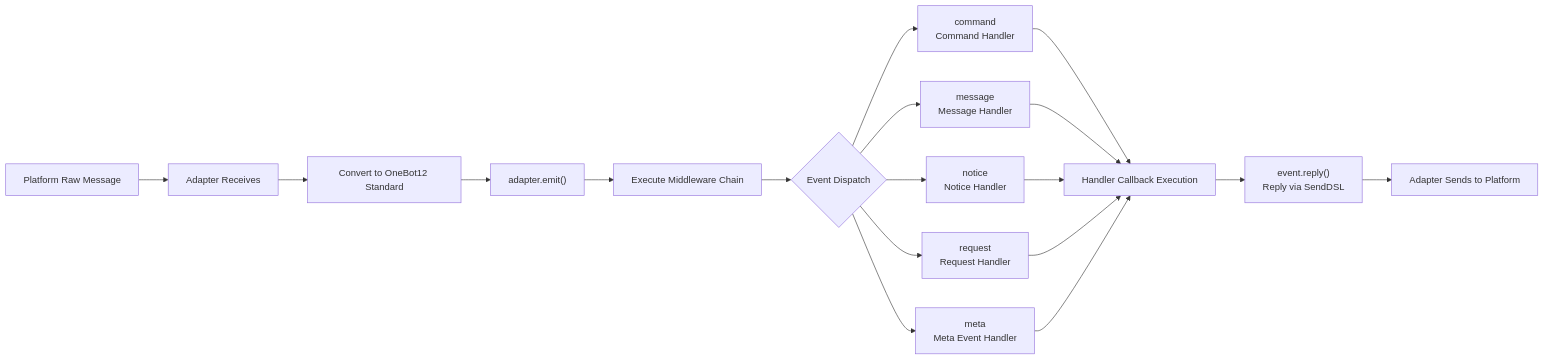
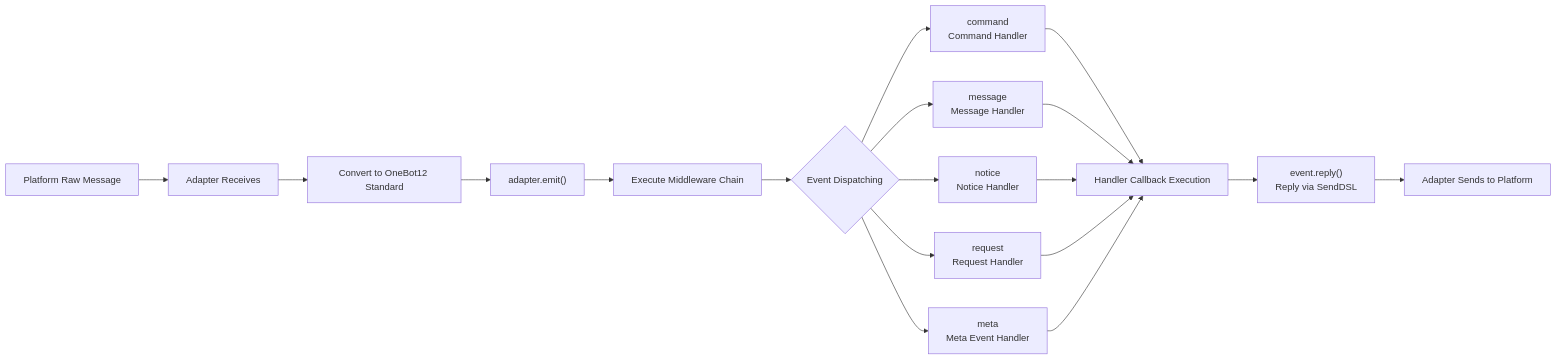
The third of 10 diagrams in docs/en/architecture.md (ErisPulse/ErisPulse), drawn with Mermaid before and after one commit. The commit also changed other lines of this file and 83 other files, not shown here.

````diff
--- a/docs/en/architecture.md
+++ b/docs/en/architecture.md
@@ -88,16 +88,16 @@
 ```mermaid
 flowchart LR
     A["Platform Raw Message"] --> B["Adapter Receives"]
     B --> C["Convert to OneBot12 Standard"]
     C --> D["adapter.emit()"]
     D --> E["Execute Middleware Chain"]
-    E --> F{"Event Dispatch"}
+    E --> F{"Event Dispatching"}
     F --> G1["command<br/>Command Handler"]
     F --> G2["message<br/>Message Handler"]
     F --> G3["notice<br/>Notice Handler"]
     F --> G4["request<br/>Request Handler"]
     F --> G5["meta<br/>Meta Event Handler"]
     G1 & G2 & G3 & G4 & G5 --> H["Handler Callback Execution"]
     H --> I["event.reply()<br/>Reply via SendDSL"]
     I --> J["Adapter Sends to Platform"]
 ```
````
